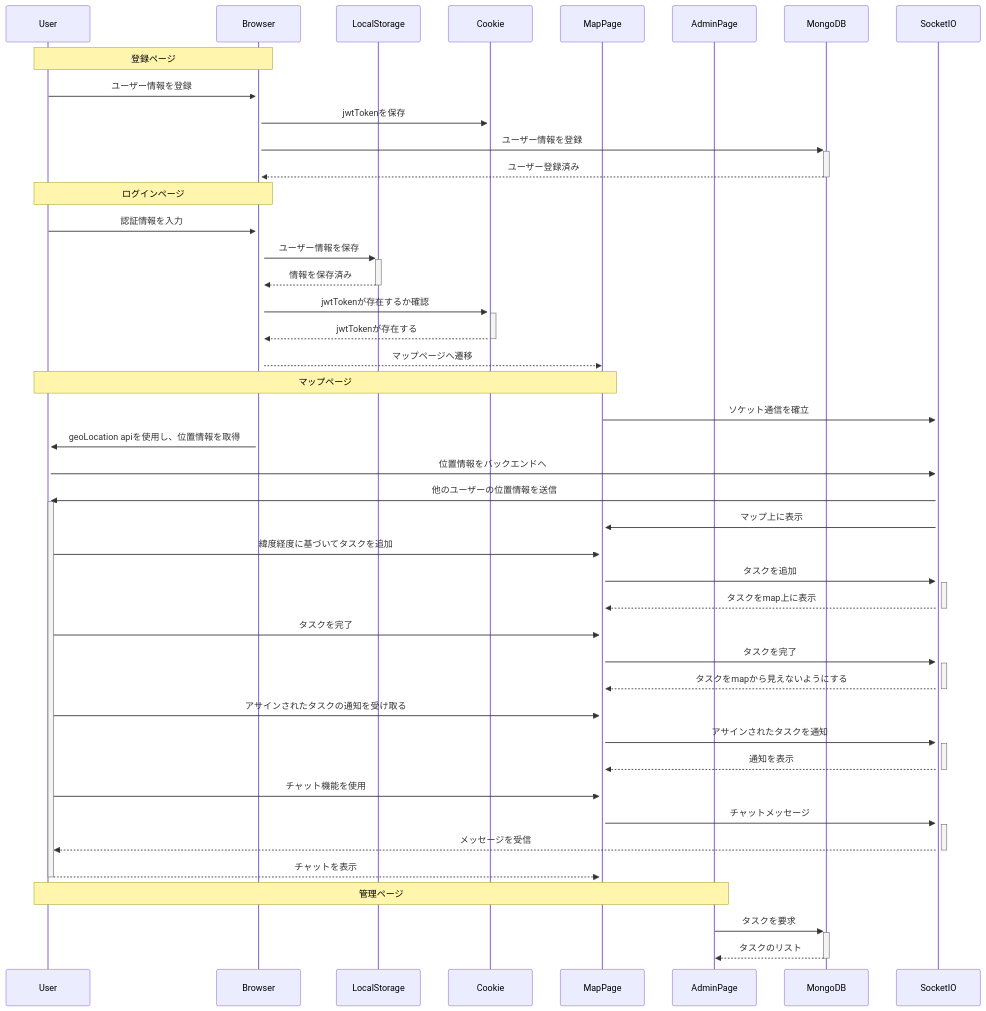
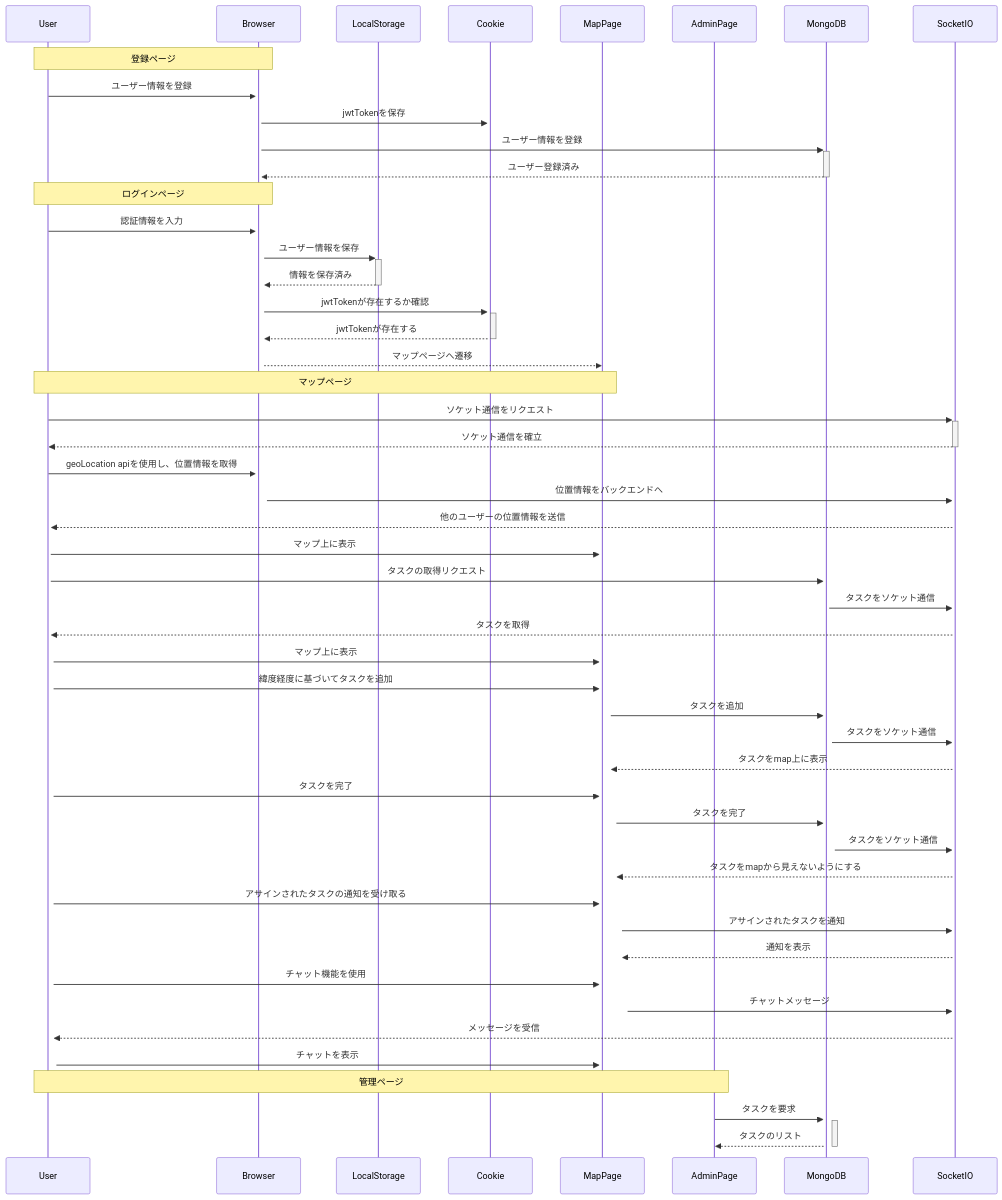
One commit to takatokawazu/taskmappin changed the diagram in README.md. Above: the diagram before and after it, drawn with Mermaid.

Commit message:
Update シーケンス

````diff
--- a/README.md
+++ b/README.md
@@ -74,53 +74,61 @@
 ```mermaid
 sequenceDiagram
     participant ユーザー as User
     participant ブラウザ as Browser
     participant ローカルストレージ as LocalStorage
     participant クッキー as Cookie
     participant マップページ as MapPage
     participant 管理ページ as AdminPage
     participant データベース as MongoDB
     participant ソケット通信 as SocketIO
 
     Note over ユーザー,ブラウザ: 登録ページ
     ユーザー->>+ブラウザ: ユーザー情報を登録
     ブラウザ->>+クッキー: jwtTokenを保存
     ブラウザ->>+データベース: ユーザー情報を登録
     データベース-->>-ブラウザ: ユーザー登録済み
 
     Note over ユーザー,ブラウザ: ログインページ
     ユーザー->>+ブラウザ: 認証情報を入力
     ブラウザ->>+ローカルストレージ: ユーザー情報を保存
     ローカルストレージ-->>-ブラウザ: 情報を保存済み
     ブラウザ->>+クッキー: jwtTokenが存在するか確認
     クッキー-->>-ブラウザ: jwtTokenが存在する
     ブラウザ-->>マップページ: マップページへ遷移
 
     Note over ユーザー,マップページ: マップページ
-    マップページ->>+ソケット通信: ソケット通信を確立
-    ブラウザ->>+ユーザー: geoLocation apiを使用し、位置情報を取得
-    ユーザー->>+ソケット通信: 位置情報をバックエンドへ
-    ソケット通信->>+ユーザー: 他のユーザーの位置情報を送信
-    ソケット通信->>+マップページ: マップ上に表示
+    ユーザー->>+ソケット通信: ソケット通信をリクエスト
+    ソケット通信-->>-ユーザー: ソケット通信を確立
+    ユーザー->>+ブラウザ: geoLocation apiを使用し、位置情報を取得
+    ブラウザ->>+ソケット通信: 位置情報をバックエンドへ
+    ソケット通信-->>+ユーザー: 他のユーザーの位置情報を送信
+    ユーザー->>+マップページ: マップ上に表示
 
-    ユーザー->>マップページ: 緯度経度に基づいてタスクを追加
-    マップページ->>+ソケット通信: タスクを追加
-    ソケット通信-->>-マップページ: タスクをmap上に表示
+    ユーザー->>+データベース: タスクの取得リクエスト
+    データベース->>+ソケット通信: タスクをソケット通信
+    ソケット通信-->>+ユーザー: タスクを取得
+    ユーザー->>+マップページ: マップ上に表示
 
-    ユーザー->>マップページ: タスクを完了
-    マップページ->>+ソケット通信: タスクを完了
-    ソケット通信-->>-マップページ: タスクをmapから見えないようにする
+    ユーザー->>+マップページ: 緯度経度に基づいてタスクを追加
+    マップページ->>+データベース: タスクを追加
+    データベース->>+ソケット通信: タスクをソケット通信
+    ソケット通信-->>+マップページ: タスクをmap上に表示
 
-    ユーザー->>マップページ: アサインされたタスクの通知を受け取る
+    ユーザー->>+マップページ: タスクを完了
+    マップページ->>+データベース: タスクを完了
+    データベース->>+ソケット通信: タスクをソケット通信
+    ソケット通信-->>+マップページ: タスクをmapから見えないようにする
+
+    ユーザー->>+マップページ: アサインされたタスクの通知を受け取る
     マップページ->>+ソケット通信: アサインされたタスクを通知
-    ソケット通信-->>-マップページ: 通知を表示
+    ソケット通信-->>+マップページ: 通知を表示
 
-    ユーザー->>マップページ: チャット機能を使用
+    ユーザー->>+マップページ: チャット機能を使用
     マップページ->>+ソケット通信: チャットメッセージ
-    ソケット通信-->>-ユーザー: メッセージを受信
-    ユーザー-->>-マップページ: チャットを表示
+    ソケット通信-->>+ユーザー: メッセージを受信
+    ユーザー->>+マップページ: チャットを表示
 
     Note over ユーザー,管理ページ: 管理ページ
     管理ページ->>+データベース: タスクを要求
     データベース-->>-管理ページ: タスクのリスト
 ```
````
